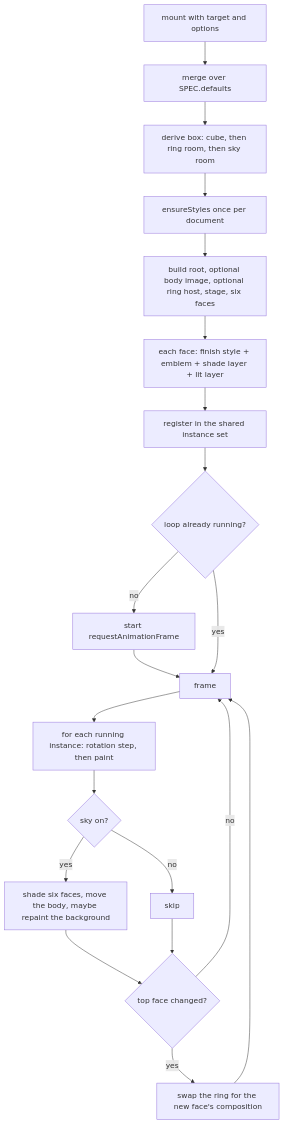
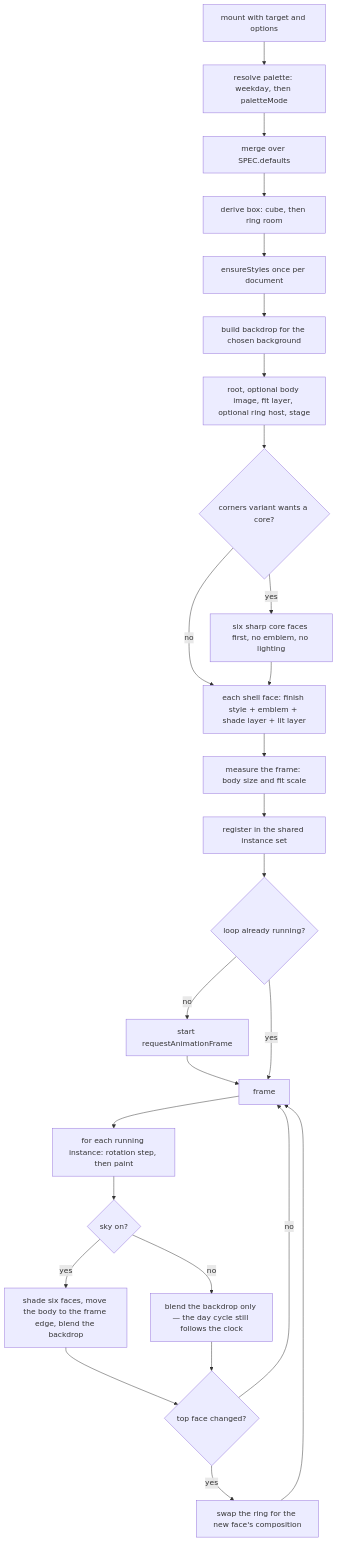
Before and after one commit to UVuruna/Loading-Cube: the diagram in src/__flow/loading-cube.md, drawn with Mermaid. The commit also changed other lines of this file and 14 other files, not shown here.

````diff
--- a/src/__flow/loading-cube.md
+++ b/src/__flow/loading-cube.md
@@ -5,22 +5,28 @@
 ```mermaid
 flowchart TD
-    A[mount with target and options] --> B[merge over SPEC.defaults]
-    B --> C[derive box: cube, then ring room, then sky room]
+    A[mount with target and options] --> A2[resolve palette: weekday, then paletteMode]
+    A2 --> B[merge over SPEC.defaults]
+    B --> C[derive box: cube, then ring room]
     C --> D[ensureStyles once per document]
-    D --> E[build root, optional body image, optional ring host, stage, six faces]
-    E --> F[each face: finish style + emblem + shade layer + lit layer]
-    F --> G[register in the shared instance set]
+    D --> D2[build backdrop for the chosen background]
+    D2 --> E[root, optional body image, fit layer, optional ring host, stage]
+    E --> E2{corners variant wants a core?}
+    E2 -->|yes| E3[six sharp core faces first, no emblem, no lighting]
+    E2 -->|no| F
+    E3 --> F[each shell face: finish style + emblem + shade layer + lit layer]
+    F --> F2[measure the frame: body size and fit scale]
+    F2 --> G[register in the shared instance set]
     G --> H{loop already running?}
     H -->|no| I[start requestAnimationFrame]
     I --> J[frame]
     H -->|yes| J
     J --> K[for each running instance: rotation step, then paint]
     K --> L{sky on?}
-    L -->|yes| M[shade six faces, move the body, maybe repaint the background]
-    L -->|no| N[skip]
+    L -->|yes| M[shade six faces, move the body to the frame edge, blend the backdrop]
+    L -->|no| N[blend the backdrop only — the day cycle still follows the clock]
     M --> O{top face changed?}
     N --> O
     O -->|yes| P[swap the ring for the new face's composition]
     O -->|no| J
     P --> J
 ```
````
